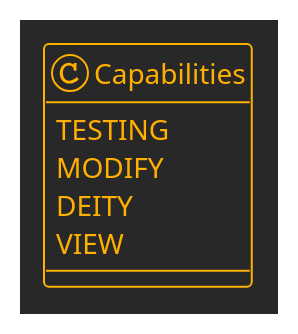
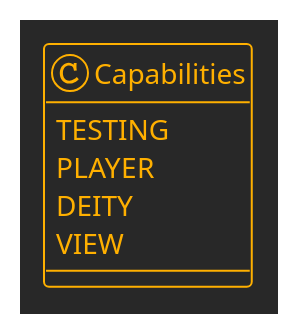
Before and after one commit to marknelsonengineer/empire: the third of 13 diagrams in API_DESIGN.md, drawn with PlantUML. The commit also changed other lines of this file and 3 other files, not shown here.

```diff
--- a/API_DESIGN.md
+++ b/API_DESIGN.md
@@ -154,11 +163,11 @@
 @startuml
 !theme crt-amber
 
 class Capabilities {
   TESTING
-  MODIFY
+  PLAYER
   DEITY
   VIEW
 }
 
 @enduml
```
